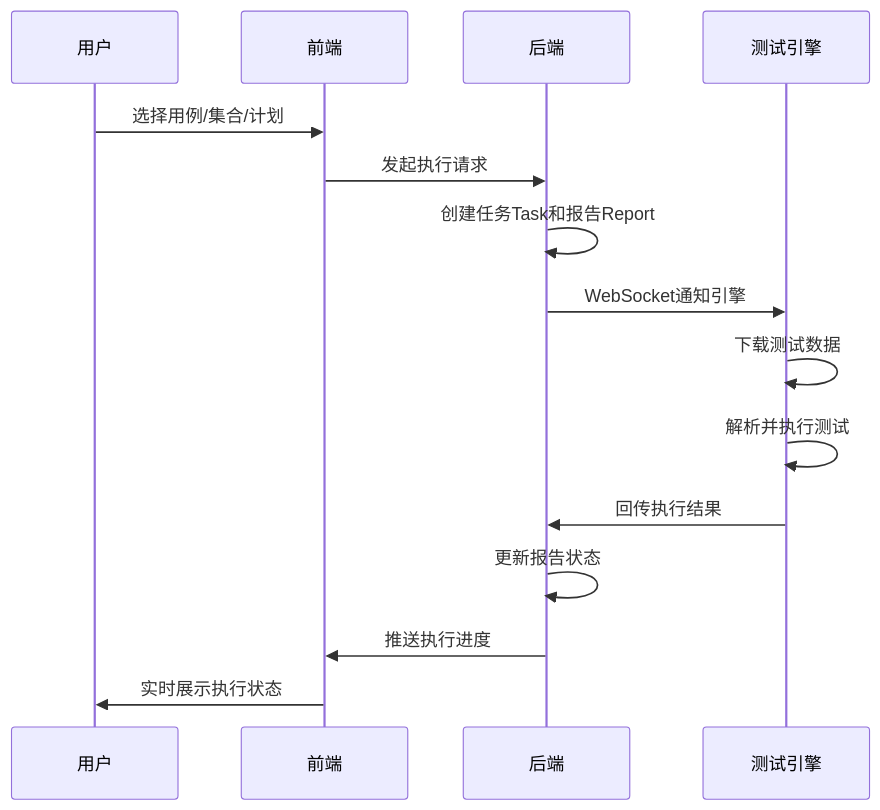
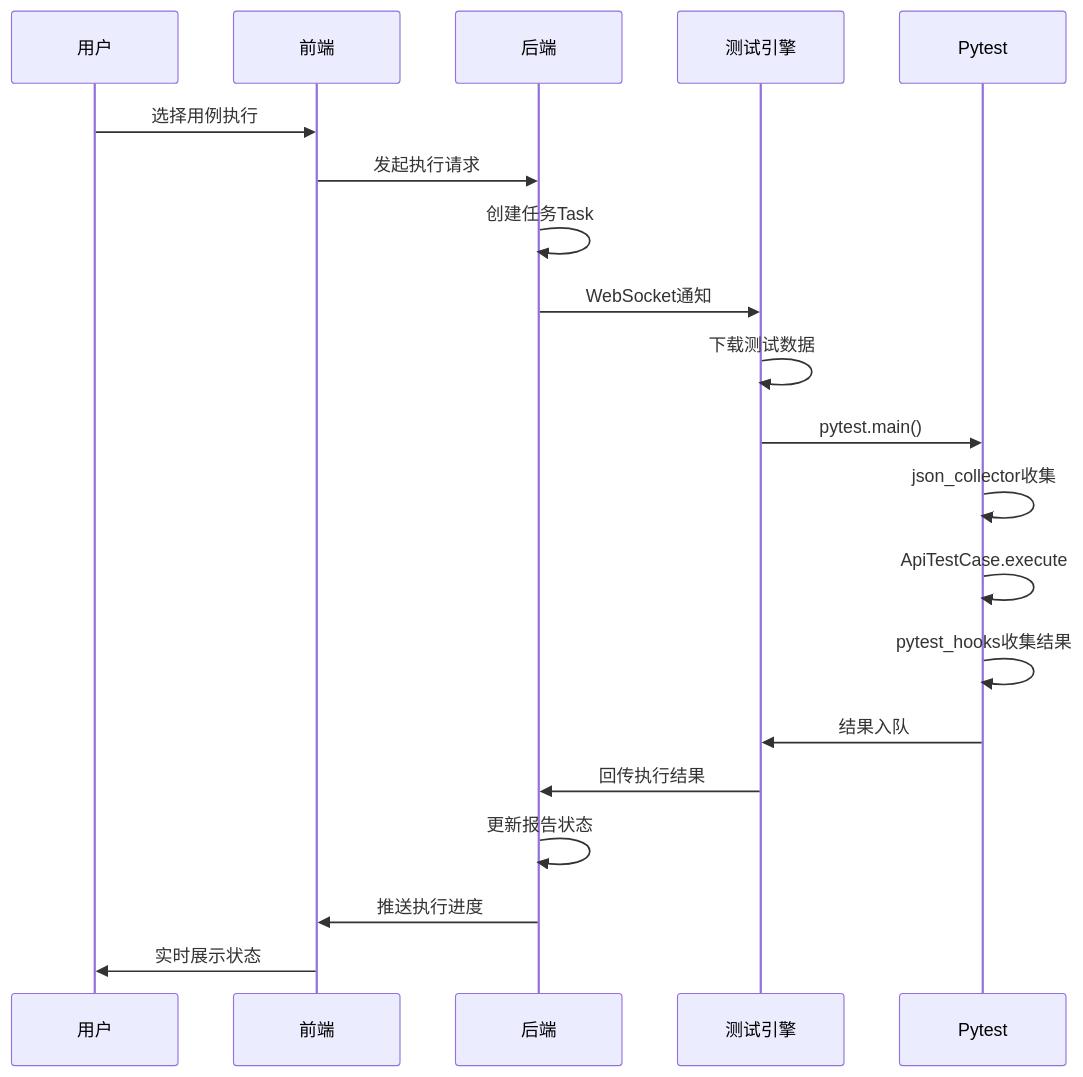
One commit to qdbin/TestPlatform changed the sixth of 8 diagrams in README.md. Above: the diagram before and after it, drawn with Mermaid. The commit also changed other lines of this file and 74 other files, not shown here.

````diff
--- a/README.md
+++ b/README.md
@@ -220,18 +403,23 @@
 ```mermaid
 sequenceDiagram
     participant U as 用户
     participant F as 前端
     participant B as 后端
     participant E as 测试引擎
+    participant P as Pytest
 
-    U->>F: 选择用例/集合/计划
+    U->>F: 选择用例执行
     F->>B: 发起执行请求
-    B->>B: 创建任务Task和报告Report
-    B->>E: WebSocket通知引擎
+    B->>B: 创建任务Task
+    B->>E: WebSocket通知
     E->>E: 下载测试数据
-    E->>E: 解析并执行测试
+    E->>P: pytest.main()
+    P->>P: json_collector收集
+    P->>P: ApiTestCase.execute
+    P->>P: pytest_hooks收集结果
+    P->>E: 结果入队
     E->>B: 回传执行结果
     B->>B: 更新报告状态
     B->>F: 推送执行进度
-    F->>U: 实时展示执行状态
+    F->>U: 实时展示状态
 ```
````
